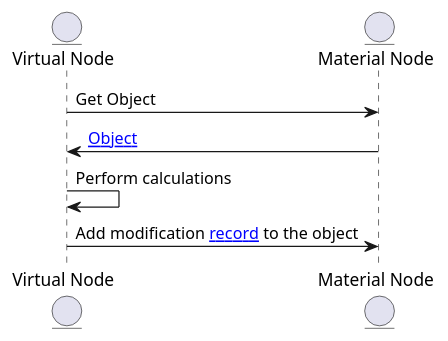
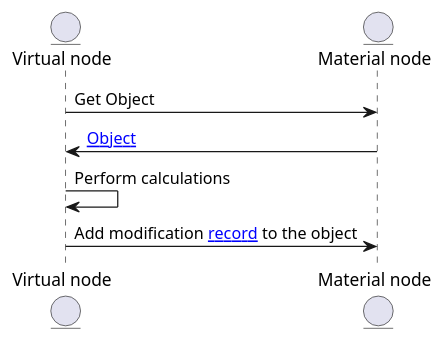
One commit to sofiayem/rtd-doc-tests changed the second of 5 diagrams in docs/source/architecture.rst. Above: the diagram before and after it, drawn with PlantUML. The commit also changed other lines of this file and 7 other files, not shown here.

```diff
--- a/docs/source/architecture.rst
+++ b/docs/source/architecture.rst
@@ -541,9 +544,9 @@
 .. uml::
 
-   entity "Virtual Node" as v [[../architecture.html#virtual]]
-   entity "Material Node" as m [[../architecture.html#light-material]]
+   entity "Virtual node" as v [[../architecture.html#virtual]]
+   entity "Material node" as m [[../architecture.html#light-material]]
 
    v -> m : Get Object
    m -> v : [[../glossary.html#term-object Object]]
    v -> v : Perform calculations
    v -> m : Add modification [[../glossary.html#term-record record]] to the object
```
